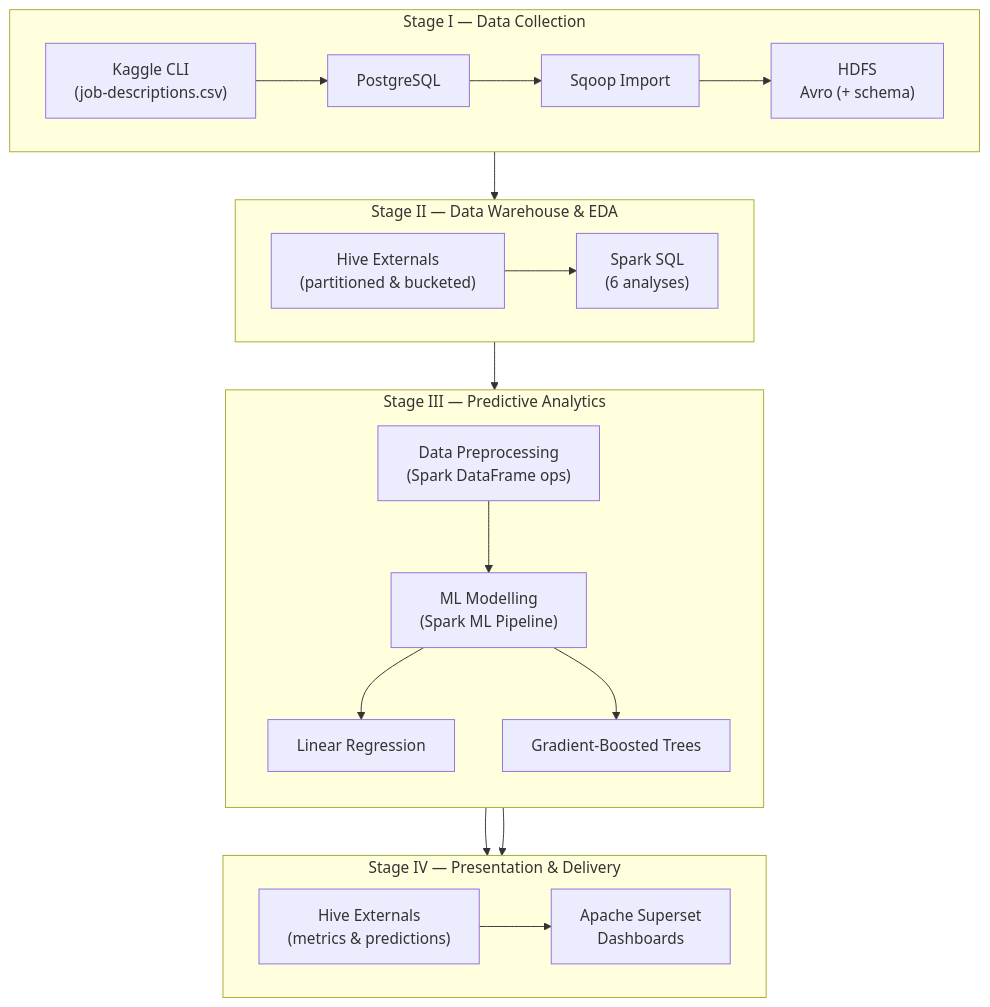
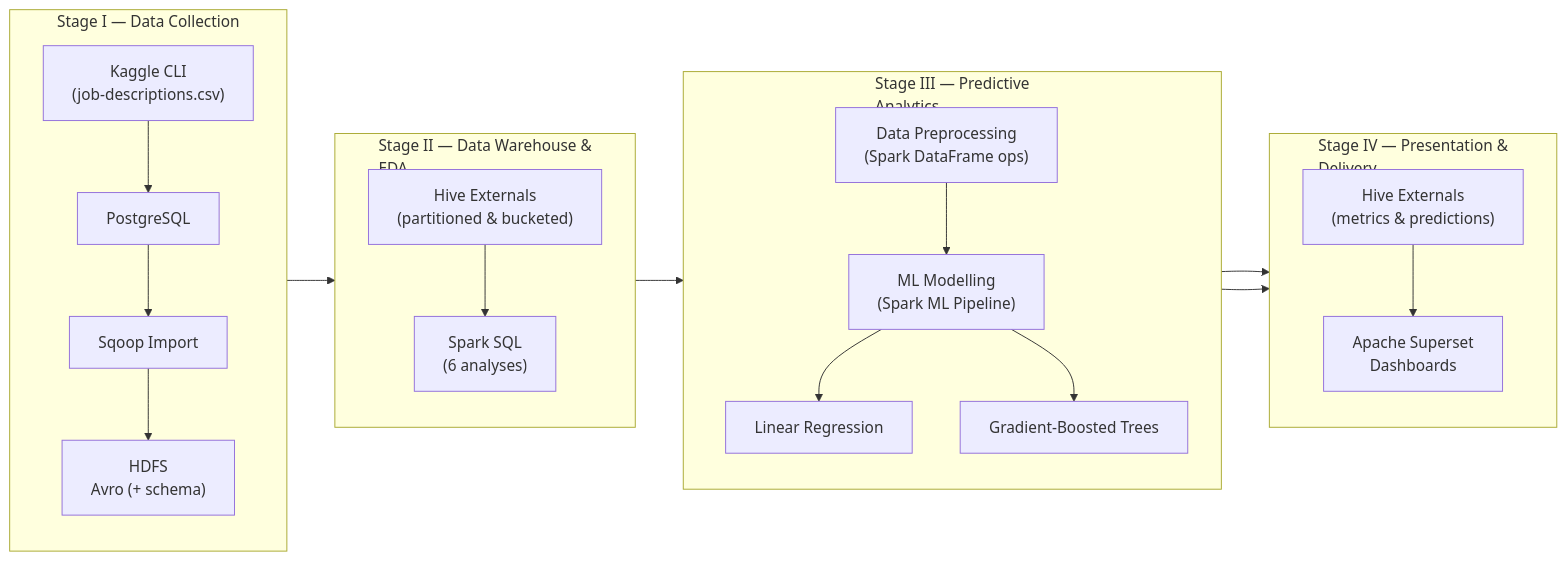
The diagram in README.md (IVproger/bigdata_course_project), drawn with Mermaid before and after one commit.

````diff
--- a/README.md
+++ b/README.md
@@ -6,47 +6,46 @@
 ```mermaid
-flowchart TB
+flowchart LR
     %% ────────────────────────────
     %% Stage I — Data Collection
     %% ────────────────────────────
     subgraph STAGE1["Stage I — Data Collection"]
-        direction LR
+        direction TB
         Kaggle["Kaggle CLI<br/>(job-descriptions.csv)"] --> PostgreSQL["PostgreSQL"]
         PostgreSQL --> Sqoop["Sqoop Import"]
         Sqoop --> HDFS1["HDFS<br/>Avro (+ schema)"]
     end
 
     %% ────────────────────────────
     %% Stage II — Data Warehouse & EDA
     %% ────────────────────────────
-    subgraph STAGE2["Stage II — Data Warehouse & EDA"]
-        direction LR
+    subgraph STAGE2["Stage II — Data Warehouse &<br/>EDA"]
+        direction TB
         Hive["Hive Externals<br/>(partitioned & bucketed)"] --> SparkSQL["Spark SQL<br/>(6 analyses)"]
     end
 
     %% ────────────────────────────
     %% Stage III — Predictive Analytics
     %% ────────────────────────────
-    subgraph STAGE3["Stage III — Predictive Analytics"]
+    subgraph STAGE3["Stage III — Predictive<br/>Analytics"]
         direction TB
         Preproc["Data Preprocessing<br/>(Spark DataFrame ops)"] --> SparkML["ML Modelling<br/>(Spark ML Pipeline)"]
         SparkML --> LR["Linear Regression"]
         SparkML --> GBT["Gradient-Boosted Trees"]
     end
 
     %% ────────────────────────────
     %% Stage IV — Presentation & Delivery
     %% ────────────────────────────
-    subgraph STAGE4["Stage IV — Presentation & Delivery"]
-        direction LR
+    subgraph STAGE4["Stage IV — Presentation &<br/>Delivery"]
+        direction TB
         HiveExt["Hive Externals<br/>(metrics & predictions)"] --> Superset["Apache Superset<br/>Dashboards"]
     end
 
     %% ────────────────────────────
-    %% Cross-stage flow
+    %% Cross-stage flow (left → right)
     %% ────────────────────────────
-    HDFS1 --> Hive            
-    SparkSQL --> Preproc        
-    LR --> HiveExt       
+    HDFS1 --> Hive 
+    SparkSQL --> Preproc
+    LR --> HiveExt
     GBT --> HiveExt
-
 ```
````
